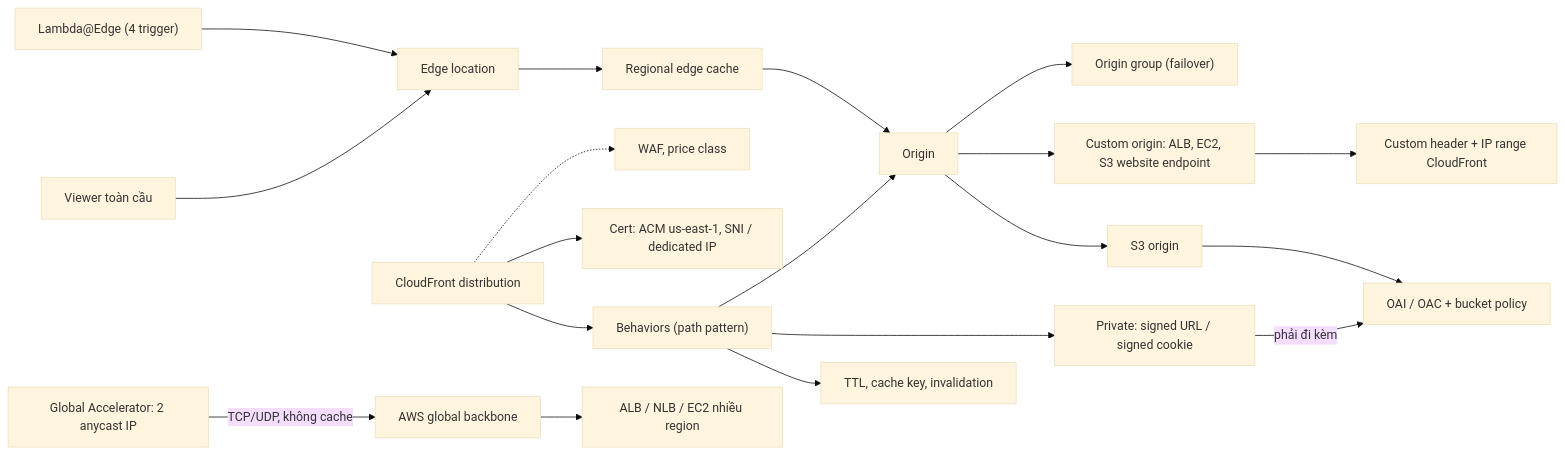
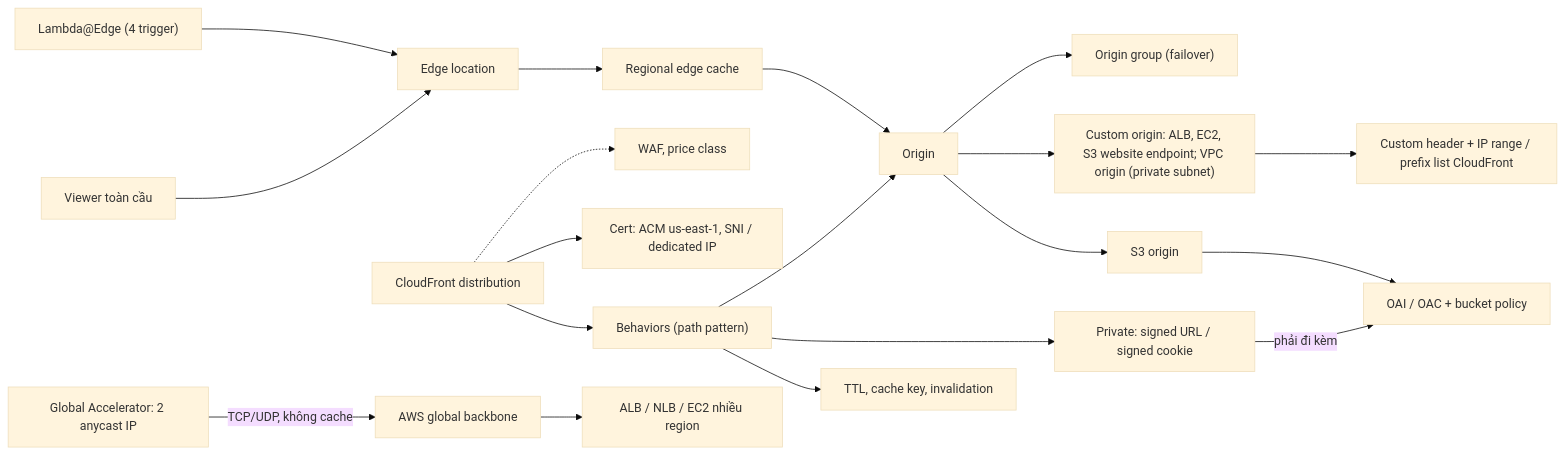
Before and after one commit to hairbui76/aws-saa-c03: the diagram in data/15 Global Content Delivery/_MOC 15 Global Content Delivery.md, drawn with Mermaid (base theme). The commit also changed other lines of this file and 56 other files, not shown here.

````diff
--- a/data/15 Global Content Delivery/_MOC 15 Global Content Delivery.md
+++ b/data/15 Global Content Delivery/_MOC 15 Global Content Delivery.md
@@ -24,21 +24,21 @@
 ```mermaid
 flowchart LR
   U["Viewer toàn cầu"] --> EDGE["Edge location"]
   EDGE --> REC["Regional edge cache"]
   REC --> ORI["Origin"]
   DIST["CloudFront distribution"] --> BEH["Behaviors (path pattern)"]
   DIST --> CERT["Cert: ACM us-east-1, SNI / dedicated IP"]
   DIST -.-> WAF["WAF, price class"]
   BEH --> TTL["TTL, cache key, invalidation"]
   BEH --> PRIV["Private: signed URL / signed cookie"]
   BEH --> ORI
   ORI --> S3O["S3 origin"]
-  ORI --> CUS["Custom origin: ALB, EC2, S3 website endpoint"]
+  ORI --> CUS["Custom origin: ALB, EC2, S3 website endpoint; VPC origin (private subnet)"]
   ORI --> OG["Origin group (failover)"]
   S3O --> OAC["OAI / OAC + bucket policy"]
-  CUS --> HDR["Custom header + IP range CloudFront"]
+  CUS --> HDR["Custom header + IP range / prefix list CloudFront"]
   PRIV -->|"phải đi kèm"| OAC
   LE["Lambda@Edge (4 trigger)"] --> EDGE
   GA["Global Accelerator: 2 anycast IP"] -->|"TCP/UDP, không cache"| BB["AWS global backbone"]
   BB --> APP["ALB / NLB / EC2 nhiều region"]
 ```
````
